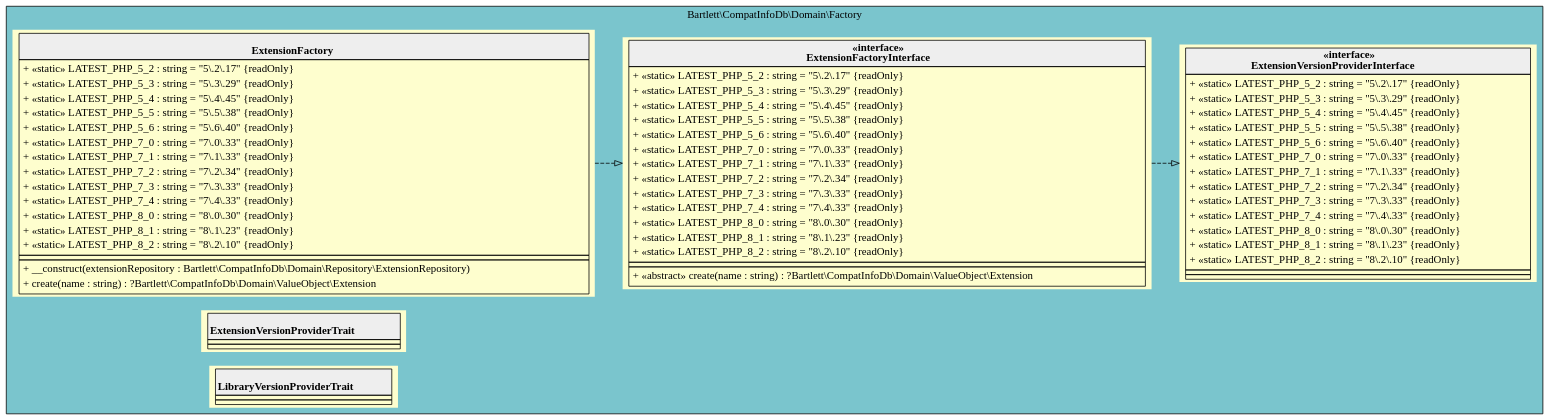
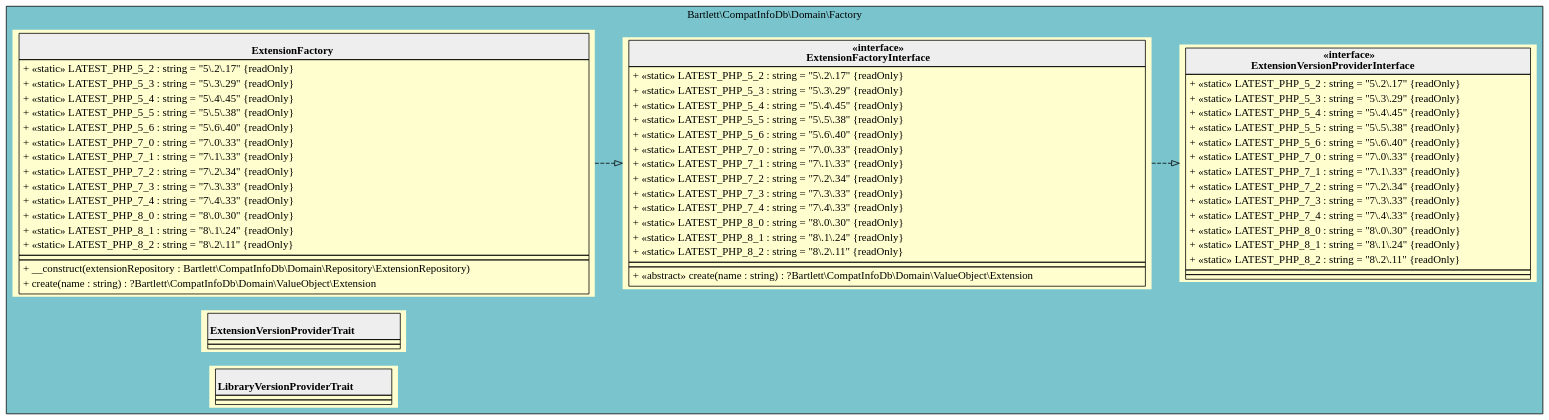
The diagram in 5.x/assets/images/domain-factory.html.gv (llaville/php-compatinfo-db), drawn with Graphviz before and after one commit. The commit also changed 36 other files, not shown here.

```diff
--- a/5.x/assets/images/domain-factory.html.gv
+++ b/5.x/assets/images/domain-factory.html.gv
@@ -1,90 +1,90 @@
 digraph {
   graph [rankdir="LR" bgcolor="transparent"]
   node [fillcolor="#FEFECE" style="filled"]
   subgraph cluster_0 {
     graph [bgcolor="cadetblue3"]
     label = "Bartlett\\CompatInfoDb\\Domain\\Factory"
     "Bartlett\\CompatInfoDb\\Domain\\Factory\\ExtensionFactory" [shape="none" label=<
 <table cellspacing="0" border="0" cellborder="1">
     <tr><td bgcolor="#eeeeee"><b><br/>ExtensionFactory</b></td></tr>
     <tr><td><table border="0" cellspacing="0" cellpadding="2">
     <tr><td align="left">+ «static» LATEST_PHP_5_2 : string = "5\.2\.17" {readOnly}</td></tr>
     <tr><td align="left">+ «static» LATEST_PHP_5_3 : string = "5\.3\.29" {readOnly}</td></tr>
     <tr><td align="left">+ «static» LATEST_PHP_5_4 : string = "5\.4\.45" {readOnly}</td></tr>
     <tr><td align="left">+ «static» LATEST_PHP_5_5 : string = "5\.5\.38" {readOnly}</td></tr>
     <tr><td align="left">+ «static» LATEST_PHP_5_6 : string = "5\.6\.40" {readOnly}</td></tr>
     <tr><td align="left">+ «static» LATEST_PHP_7_0 : string = "7\.0\.33" {readOnly}</td></tr>
     <tr><td align="left">+ «static» LATEST_PHP_7_1 : string = "7\.1\.33" {readOnly}</td></tr>
     <tr><td align="left">+ «static» LATEST_PHP_7_2 : string = "7\.2\.34" {readOnly}</td></tr>
     <tr><td align="left">+ «static» LATEST_PHP_7_3 : string = "7\.3\.33" {readOnly}</td></tr>
     <tr><td align="left">+ «static» LATEST_PHP_7_4 : string = "7\.4\.33" {readOnly}</td></tr>
     <tr><td align="left">+ «static» LATEST_PHP_8_0 : string = "8\.0\.30" {readOnly}</td></tr>
-    <tr><td align="left">+ «static» LATEST_PHP_8_1 : string = "8\.1\.23" {readOnly}</td></tr>
-    <tr><td align="left">+ «static» LATEST_PHP_8_2 : string = "8\.2\.10" {readOnly}</td></tr>
+    <tr><td align="left">+ «static» LATEST_PHP_8_1 : string = "8\.1\.24" {readOnly}</td></tr>
+    <tr><td align="left">+ «static» LATEST_PHP_8_2 : string = "8\.2\.11" {readOnly}</td></tr>
 </table></td></tr>
     <tr><td></td></tr>
     <tr><td><table border="0" cellspacing="0" cellpadding="2">
     <tr><td align="left">+ __construct(extensionRepository : Bartlett\\CompatInfoDb\\Domain\\Repository\\ExtensionRepository)</td></tr>
     <tr><td align="left">+ create(name : string) : ?Bartlett\\CompatInfoDb\\Domain\\ValueObject\\Extension</td></tr>
 </table></td></tr>
 </table>>]
     "Bartlett\\CompatInfoDb\\Domain\\Factory\\ExtensionFactoryInterface" [shape="none" label=<
 <table cellspacing="0" border="0" cellborder="1">
     <tr><td bgcolor="#eeeeee"><b>«interface»<br/>ExtensionFactoryInterface</b></td></tr>
     <tr><td><table border="0" cellspacing="0" cellpadding="2">
     <tr><td align="left">+ «static» LATEST_PHP_5_2 : string = "5\.2\.17" {readOnly}</td></tr>
     <tr><td align="left">+ «static» LATEST_PHP_5_3 : string = "5\.3\.29" {readOnly}</td></tr>
     <tr><td align="left">+ «static» LATEST_PHP_5_4 : string = "5\.4\.45" {readOnly}</td></tr>
     <tr><td align="left">+ «static» LATEST_PHP_5_5 : string = "5\.5\.38" {readOnly}</td></tr>
     <tr><td align="left">+ «static» LATEST_PHP_5_6 : string = "5\.6\.40" {readOnly}</td></tr>
     <tr><td align="left">+ «static» LATEST_PHP_7_0 : string = "7\.0\.33" {readOnly}</td></tr>
     <tr><td align="left">+ «static» LATEST_PHP_7_1 : string = "7\.1\.33" {readOnly}</td></tr>
     <tr><td align="left">+ «static» LATEST_PHP_7_2 : string = "7\.2\.34" {readOnly}</td></tr>
     <tr><td align="left">+ «static» LATEST_PHP_7_3 : string = "7\.3\.33" {readOnly}</td></tr>
     <tr><td align="left">+ «static» LATEST_PHP_7_4 : string = "7\.4\.33" {readOnly}</td></tr>
     <tr><td align="left">+ «static» LATEST_PHP_8_0 : string = "8\.0\.30" {readOnly}</td></tr>
-    <tr><td align="left">+ «static» LATEST_PHP_8_1 : string = "8\.1\.23" {readOnly}</td></tr>
-    <tr><td align="left">+ «static» LATEST_PHP_8_2 : string = "8\.2\.10" {readOnly}</td></tr>
+    <tr><td align="left">+ «static» LATEST_PHP_8_1 : string = "8\.1\.24" {readOnly}</td></tr>
+    <tr><td align="left">+ «static» LATEST_PHP_8_2 : string = "8\.2\.11" {readOnly}</td></tr>
 </table></td></tr>
     <tr><td></td></tr>
     <tr><td><table border="0" cellspacing="0" cellpadding="2">
     <tr><td align="left">+ «abstract» create(name : string) : ?Bartlett\\CompatInfoDb\\Domain\\ValueObject\\Extension</td></tr>
 </table></td></tr>
 </table>>]
     "Bartlett\\CompatInfoDb\\Domain\\Factory\\ExtensionVersionProviderInterface" [shape="none" label=<
 <table cellspacing="0" border="0" cellborder="1">
     <tr><td bgcolor="#eeeeee"><b>«interface»<br/>ExtensionVersionProviderInterface</b></td></tr>
     <tr><td><table border="0" cellspacing="0" cellpadding="2">
     <tr><td align="left">+ «static» LATEST_PHP_5_2 : string = "5\.2\.17" {readOnly}</td></tr>
     <tr><td align="left">+ «static» LATEST_PHP_5_3 : string = "5\.3\.29" {readOnly}</td></tr>
     <tr><td align="left">+ «static» LATEST_PHP_5_4 : string = "5\.4\.45" {readOnly}</td></tr>
     <tr><td align="left">+ «static» LATEST_PHP_5_5 : string = "5\.5\.38" {readOnly}</td></tr>
     <tr><td align="left">+ «static» LATEST_PHP_5_6 : string = "5\.6\.40" {readOnly}</td></tr>
     <tr><td align="left">+ «static» LATEST_PHP_7_0 : string = "7\.0\.33" {readOnly}</td></tr>
     <tr><td align="left">+ «static» LATEST_PHP_7_1 : string = "7\.1\.33" {readOnly}</td></tr>
     <tr><td align="left">+ «static» LATEST_PHP_7_2 : string = "7\.2\.34" {readOnly}</td></tr>
     <tr><td align="left">+ «static» LATEST_PHP_7_3 : string = "7\.3\.33" {readOnly}</td></tr>
     <tr><td align="left">+ «static» LATEST_PHP_7_4 : string = "7\.4\.33" {readOnly}</td></tr>
     <tr><td align="left">+ «static» LATEST_PHP_8_0 : string = "8\.0\.30" {readOnly}</td></tr>
-    <tr><td align="left">+ «static» LATEST_PHP_8_1 : string = "8\.1\.23" {readOnly}</td></tr>
-    <tr><td align="left">+ «static» LATEST_PHP_8_2 : string = "8\.2\.10" {readOnly}</td></tr>
+    <tr><td align="left">+ «static» LATEST_PHP_8_1 : string = "8\.1\.24" {readOnly}</td></tr>
+    <tr><td align="left">+ «static» LATEST_PHP_8_2 : string = "8\.2\.11" {readOnly}</td></tr>
 </table></td></tr>
     <tr><td></td></tr>
     <tr><td></td></tr>
 </table>>]
     "Bartlett\\CompatInfoDb\\Domain\\Factory\\ExtensionVersionProviderTrait" [shape="none" label=<
 <table cellspacing="0" border="0" cellborder="1">
     <tr><td bgcolor="#eeeeee"><b><br/>ExtensionVersionProviderTrait</b></td></tr>
     <tr><td></td></tr>
     <tr><td></td></tr>
 </table>>]
     "Bartlett\\CompatInfoDb\\Domain\\Factory\\LibraryVersionProviderTrait" [shape="none" label=<
 <table cellspacing="0" border="0" cellborder="1">
     <tr><td bgcolor="#eeeeee"><b><br/>LibraryVersionProviderTrait</b></td></tr>
     <tr><td></td></tr>
     <tr><td></td></tr>
 </table>>]
   }
   "Bartlett\\CompatInfoDb\\Domain\\Factory\\ExtensionFactoryInterface" -> "Bartlett\\CompatInfoDb\\Domain\\Factory\\ExtensionVersionProviderInterface" [arrowhead="empty" style="dashed"]
   "Bartlett\\CompatInfoDb\\Domain\\Factory\\ExtensionFactory" -> "Bartlett\\CompatInfoDb\\Domain\\Factory\\ExtensionFactoryInterface" [arrowhead="empty" style="dashed"]
 }
```
